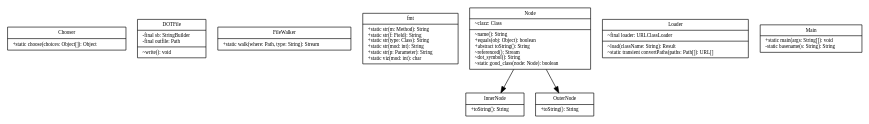
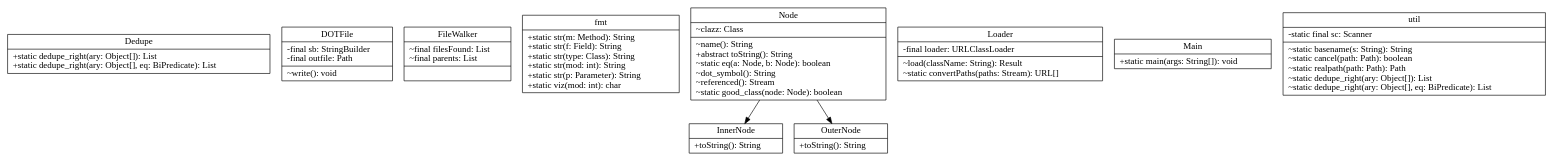
The diagram in UML.dot (coalpha/uml-jenerate), drawn with Graphviz before and after one commit. The commit also changed 17 other files, not shown here.

```diff
--- a/UML.dot
+++ b/UML.dot
@@ -1,100 +1,116 @@
 digraph UML {
    node [
       fontname="Bitstream Vera Sans"
-      fontsize=8
+      fontsize=14
       shape=record
    ]
 
-   "Chooser" [
+   "Dedupe" [
       label="{
-         Chooser
+         Dedupe
          |
-         +static choose(choices: Object[]): Object\l
+         +static dedupe_right(ary: Object[]): List\l
+         +static dedupe_right(ary: Object[], eq: BiPredicate): List\l
       }"
    ]
 
    "DOTFile" [
       label="{
          DOTFile
          |
          -final sb: StringBuilder\l
          -final outfile: Path\l
          |
          ~write(): void\l
       }"
    ]
 
    "FileWalker" [
       label="{
          FileWalker
          |
-         +static walk(where: Path, type: String): Stream\l
+         ~final filesFound: List\l
+         ~final parents: List\l
+         |
       }"
    ]
 
    "fmt" [
       label="{
          fmt
          |
          +static str(m: Method): String\l
          +static str(f: Field): String\l
          +static str(type: Class): String\l
          +static str(mod: int): String\l
          +static str(p: Parameter): String\l
          +static viz(mod: int): char\l
       }"
    ]
 
    "InnerNode" [
       label="{
          InnerNode
          |
          +toString(): String\l
       }"
    ]
 
    "Loader" [
       label="{
          Loader
          |
-         ~final loader: URLClassLoader\l
+         -final loader: URLClassLoader\l
          |
          ~load(className: String): Result\l
-         ~static transient convertPaths(paths: Path[]): URL[]\l
+         ~static convertPaths(paths: Stream): URL[]\l
       }"
    ]
 
    "Main" [
       label="{
          Main
          |
          +static main(args: String[]): void\l
-         -static basename(s: String): String\l
       }"
    ]
 
    "Node" [
       label="{
          Node
          |
          ~clazz: Class\l
          |
          ~name(): String\l
-         +equals(obj: Object): boolean\l
          +abstract toString(): String\l
+         ~static eq(a: Node, b: Node): boolean\l
+         ~dot_symbol(): String\l
          ~referenced(): Stream\l
-         ~dot_symbol(): String\l
          ~static good_class(node: Node): boolean\l
       }"
    ]
 
    "OuterNode" [
       label="{
          OuterNode
          |
          +toString(): String\l
       }"
    ]
+
+   "util" [
+      label="{
+         util
+         |
+         -static final sc: Scanner\l
+         |
+         ~static basename(s: String): String\l
+         ~static cancel(path: Path): boolean\l
+         ~static realpath(path: Path): Path\l
+         ~static dedupe_right(ary: Object[]): List\l
+         ~static dedupe_right(ary: Object[], eq: BiPredicate): List\l
+      }"
+   ]
    "Node" -> "InnerNode"
    "Node" -> "OuterNode"
 }
```
